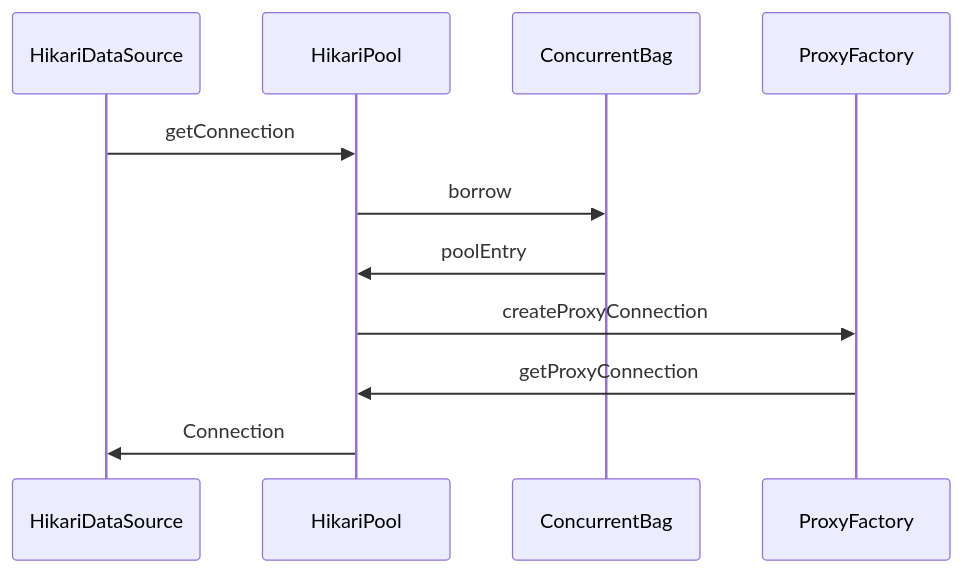
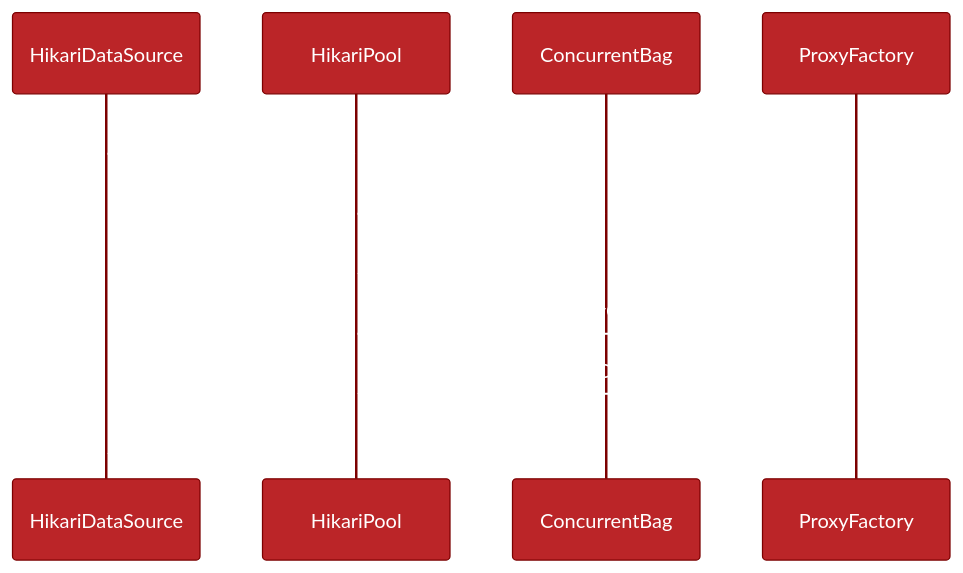
One commit to sesame-small/watermelons changed the diagram in Notes/hikariCp.md. Above: the diagram before and after it, drawn with Mermaid.

````diff
--- a/Notes/hikariCp.md
+++ b/Notes/hikariCp.md
@@ -18,9 +18,22 @@
 ```mermaid
+%%{
+  init: {
+    'theme': 'base',
+    'themeVariables': {
+      'primaryColor': '#BB2528',
+      'primaryTextColor': '#fff',
+      'primaryBorderColor': '#7C0000',
+      'lineColor': '#F8B229',
+      'secondaryColor': '#006100',
+      'tertiaryColor': '#fff'
+    }
+  }
+}%%
 sequenceDiagram
    HikariDataSource ->> HikariPool: getConnection
    HikariPool ->> ConcurrentBag: borrow
    ConcurrentBag ->> HikariPool: poolEntry
    HikariPool ->> ProxyFactory: createProxyConnection
    ProxyFactory ->> HikariPool: getProxyConnection
    HikariPool ->> HikariDataSource: Connection
 ```
````
